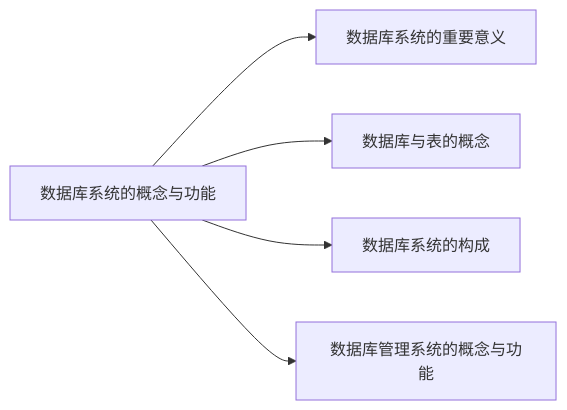
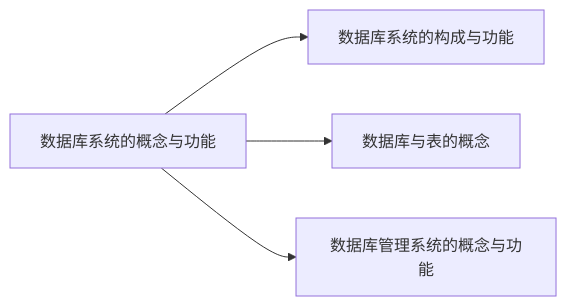
One commit to d-sun-cs/sunduo0219.github.io changed the first of 2 diagrams in source/_posts/database-system.md. Above: the diagram before and after it, drawn with Mermaid. The commit also changed other lines of this file, not shown here.

````diff
--- a/source/_posts/database-system.md
+++ b/source/_posts/database-system.md
@@ -16,8 +16,7 @@
 ```mermaid
 graph LR
 A[数据库系统的概念与功能]
-A-->数据库系统的重要意义
+A-->数据库系统的构成与功能
 A-->数据库与表的概念
-A-->数据库系统的构成
 A-->数据库管理系统的概念与功能
 ```
````
